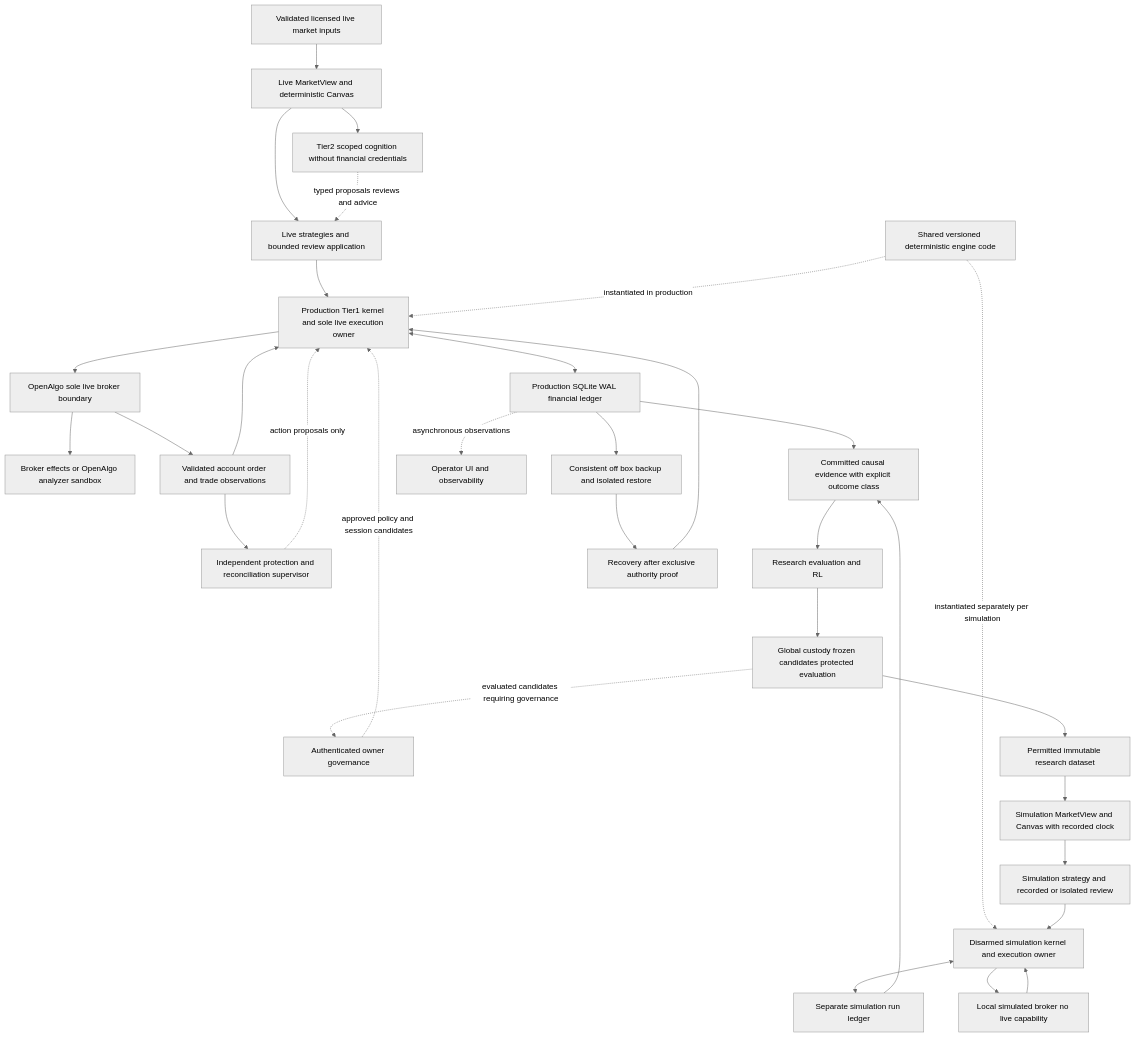
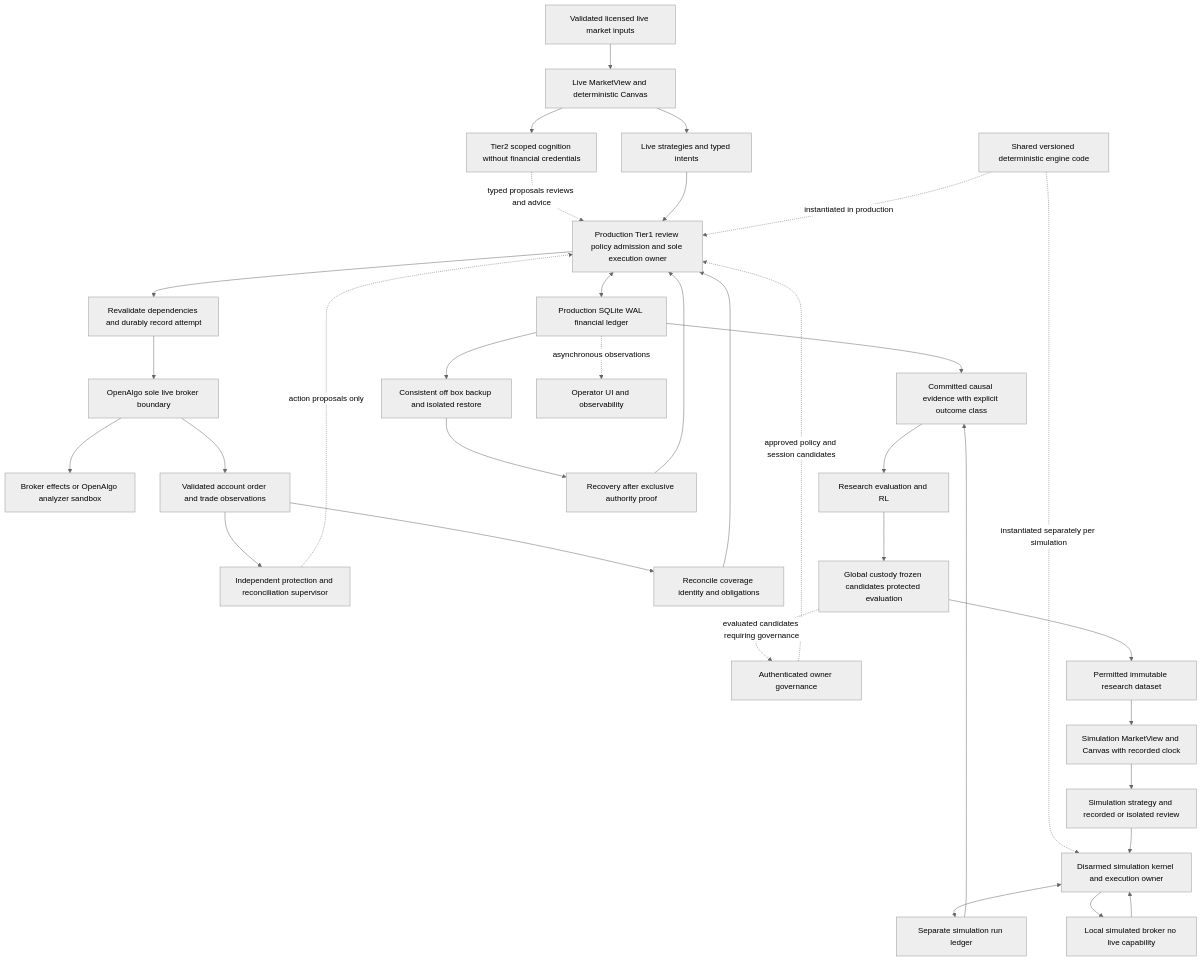
One commit to manojvermamv/AutonomousTradingArchitect changed the second of 3 diagrams in README.md. Above: the diagram before and after it, drawn with Mermaid (neutral theme). The commit also changed other lines of this file and 2 other files, not shown here.

Commit message:
Record accepted architecture contracts and remaining deep audit plan

````diff
--- a/README.md
+++ b/README.md
@@ -264,34 +303,36 @@
 ```mermaid
 flowchart TB
   INPUT[Validated licensed live market inputs] --> MARKET[Live MarketView and deterministic Canvas]
-  MARKET --> DECIDE[Live strategies and bounded review application]
+  MARKET --> DECIDE[Live strategies and typed intents]
   MARKET --> COG[Tier2 scoped cognition without financial credentials]
-  COG -. typed proposals reviews and advice .-> DECIDE
-  DECIDE --> KERNEL[Production Tier1 kernel and sole live execution owner]
+  COG -. typed proposals reviews and advice .-> KERNEL
+  DECIDE --> KERNEL[Production Tier1 review policy admission and sole execution owner]
   OWNER[Authenticated owner governance] -. approved policy and session candidates .-> KERNEL
   KERNEL <--> LEDGER[Production SQLite WAL financial ledger]
-  KERNEL --> OA[OpenAlgo sole live broker boundary]
+  KERNEL --> DISPATCH[Revalidate dependencies and durably record attempt]
+  DISPATCH --> OA[OpenAlgo sole live broker boundary]
   OA --> EFFECT[Broker effects or OpenAlgo analyzer sandbox]
   OA --> OBS[Validated account order and trade observations]
   OBS --> SUP[Independent protection and reconciliation supervisor]
-  OBS --> KERNEL
+  OBS --> RECON[Reconcile coverage identity and obligations]
+  RECON --> KERNEL
   SUP -. action proposals only .-> KERNEL
   CODE[Shared versioned deterministic engine code] -. instantiated in production .-> KERNEL
   CODE -. instantiated separately per simulation .-> SKERNEL
   DEV[Permitted immutable research dataset] --> SVIEW[Simulation MarketView and Canvas with recorded clock]
   SVIEW --> SDEC[Simulation strategy and recorded or isolated review]
   SDEC --> SKERNEL[Disarmed simulation kernel and execution owner]
   SKERNEL <--> SLEDGER[Separate simulation run ledger]
   SKERNEL --> SBROKER[Local simulated broker no live capability]
   SBROKER --> SKERNEL
   LEDGER --> EV[Committed causal evidence with explicit outcome class]
   SLEDGER --> EV
   EV --> LAB[Research evaluation and RL]
   LAB --> CUSTODY[Global custody frozen candidates protected evaluation]
   CUSTODY --> DEV
   CUSTODY -. evaluated candidates requiring governance .-> OWNER
   LEDGER --> BACKUP[Consistent off box backup and isolated restore]
   BACKUP --> REC[Recovery after exclusive authority proof]
   REC --> KERNEL
   LEDGER -. asynchronous observations .-> UI[Operator UI and observability]
 ```
````
